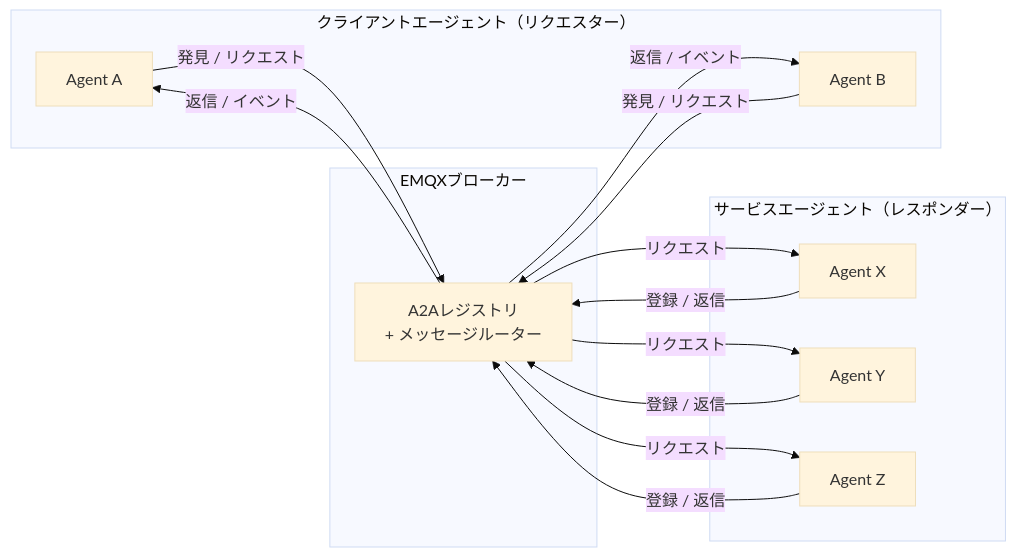
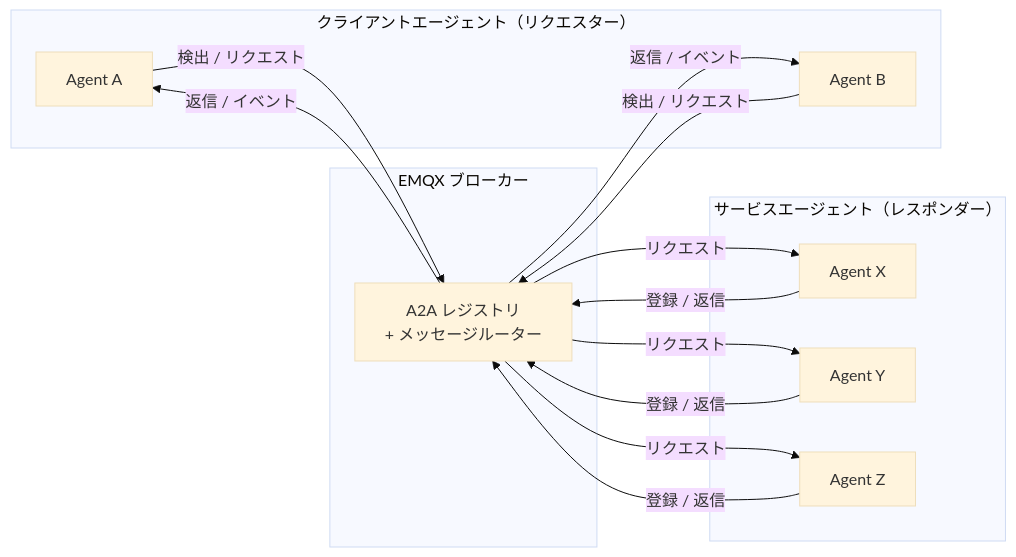
The first of 2 diagrams in ja_JP/develop/emqx-ai/a2a-over-mqtt/architecture.md (emqx/emqx-docs), drawn with Mermaid (base theme) before and after one commit. The commit also changed other lines of this file and 88 other files, not shown here.

````diff
--- a/ja_JP/develop/emqx-ai/a2a-over-mqtt/architecture.md
+++ b/ja_JP/develop/emqx-ai/a2a-over-mqtt/architecture.md
@@ -13,28 +13,28 @@
 ```mermaid
 graph LR
     subgraph "クライアントエージェント（リクエスター）"
         CA1[Agent A]
         CA2[Agent B]
     end
 
-    subgraph "EMQXブローカー"
-        B[A2Aレジストリ\n+ メッセージルーター]
+    subgraph "EMQX ブローカー"
+        B[A2A レジストリ\n+ メッセージルーター]
     end
 
     subgraph "サービスエージェント（レスポンダー）"
         SA1[Agent X]
         SA2[Agent Y]
         SA3[Agent Z]
     end
 
-    CA1 -- "発見 / リクエスト" --> B
-    CA2 -- "発見 / リクエスト" --> B
+    CA1 -- "検出 / リクエスト" --> B
+    CA2 -- "検出 / リクエスト" --> B
     B -- "返信 / イベント" --> CA1
     B -- "返信 / イベント" --> CA2
     B -- "リクエスト" --> SA1
     B -- "リクエスト" --> SA2
     B -- "リクエスト" --> SA3
     SA1 -- "登録 / 返信" --> B
     SA2 -- "登録 / 返信" --> B
     SA3 -- "登録 / 返信" --> B
 ```
````
